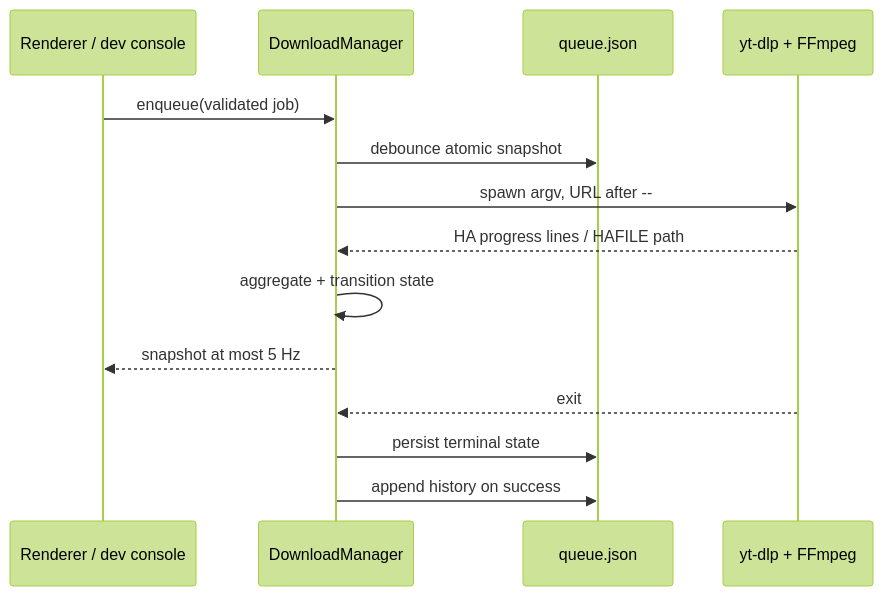
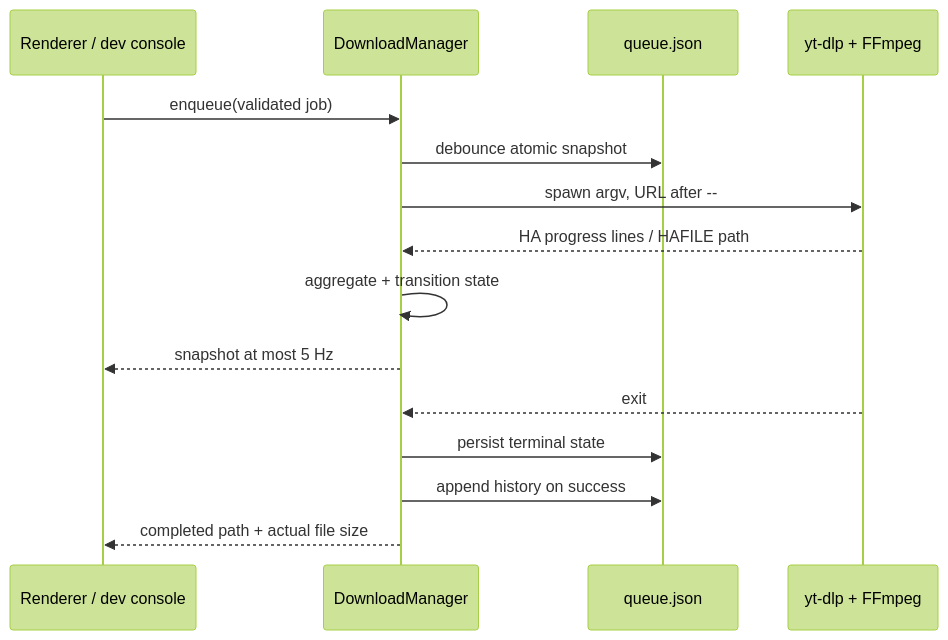
Before and after one commit to hussainislive/HA-VideoDownloader: the fourth of 6 diagrams in docs/ARCHITECTURE.md, drawn with Mermaid (forest theme). The commit also changed other lines of this file and 10 other files, not shown here.

````diff
--- a/docs/ARCHITECTURE.md
+++ b/docs/ARCHITECTURE.md
@@ -140,16 +153,17 @@
 ```mermaid
 sequenceDiagram
   participant UI as Renderer / dev console
   participant Manager as DownloadManager
   participant Store as queue.json
   participant Engine as yt-dlp + FFmpeg
   UI->>Manager: enqueue(validated job)
   Manager->>Store: debounce atomic snapshot
   Manager->>Engine: spawn argv, URL after --
   Engine-->>Manager: HA progress lines / HAFILE path
   Manager->>Manager: aggregate + transition state
   Manager-->>UI: snapshot at most 5 Hz
   Engine-->>Manager: exit
   Manager->>Store: persist terminal state
   Manager->>Store: append history on success
+  Manager-->>UI: completed path + actual file size
 ```
````
